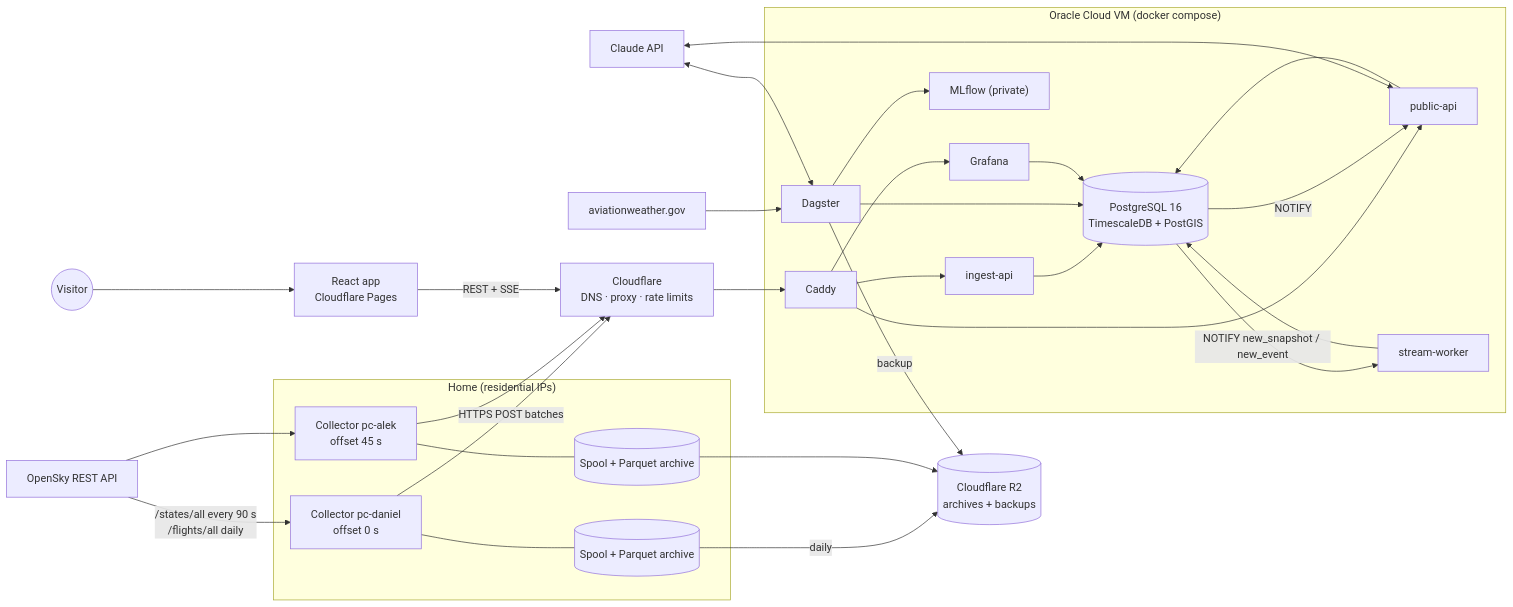
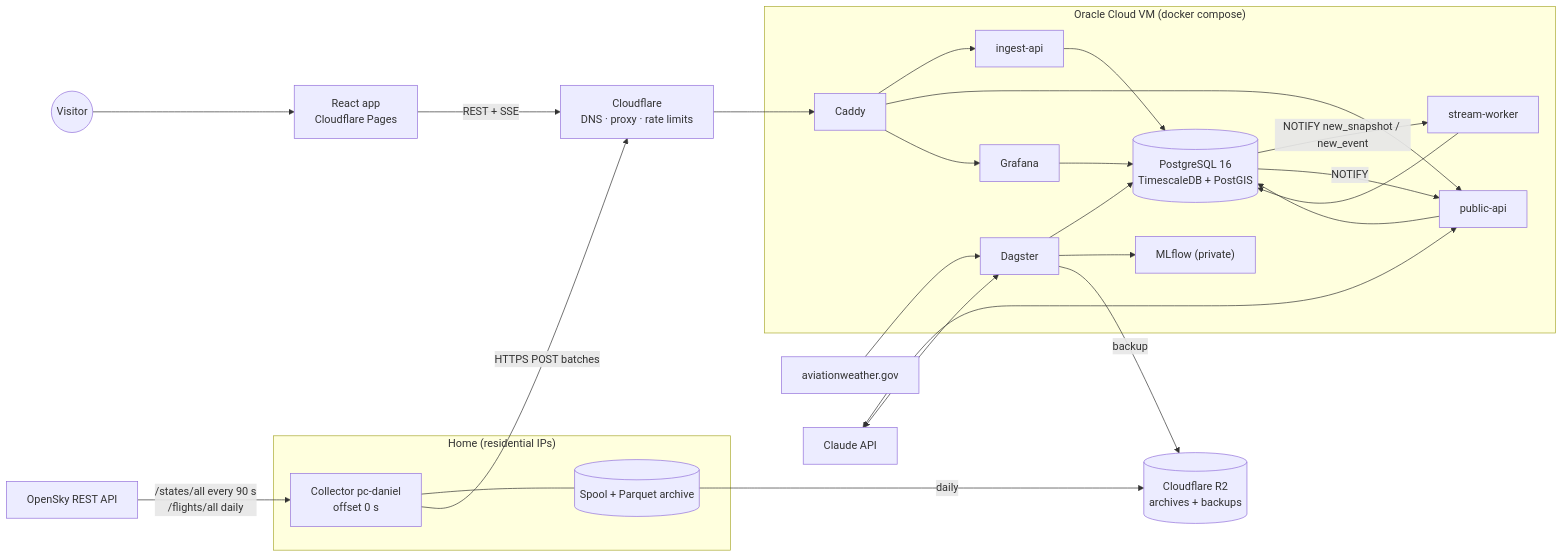
The diagram in docs/01-architecture.md (AlekkDev/airspace-live-tracker), drawn with Mermaid before and after one commit. The commit also changed other lines of this file and 16 other files, not shown here.

````diff
--- a/docs/01-architecture.md
+++ b/docs/01-architecture.md
@@ -5,51 +5,45 @@
 ```mermaid
 flowchart LR
   subgraph Home["Home (residential IPs)"]
     C1["Collector pc-daniel<br/>offset 0 s"]
-    C2["Collector pc-alek<br/>offset 45 s"]
     S1[("Spool + Parquet archive")]
-    S2[("Spool + Parquet archive")]
     C1 --- S1
-    C2 --- S2
   end
 
   OS["OpenSky REST API"] -->|"/states/all every 90 s<br/>/flights/all daily"| C1
-  OS --> C2
 
   CF["Cloudflare<br/>DNS · proxy · rate limits"]
   C1 -->|"HTTPS POST batches"| CF
-  C2 --> CF
 
   subgraph VM["Oracle Cloud VM (docker compose)"]
     CADDY["Caddy"]
     ING["ingest-api"]
     API["public-api"]
     DB[("PostgreSQL 16<br/>TimescaleDB + PostGIS")]
     ORCH["Dagster"]
     STREAM["stream-worker"]
     MLF["MLflow (private)"]
     GRAF["Grafana"]
   end
 
   CF --> CADDY
   CADDY --> ING --> DB
   CADDY --> API
   CADDY --> GRAF
   DB -- "NOTIFY new_snapshot / new_event" --> STREAM
   DB -- "NOTIFY" --> API
   STREAM --> DB
   ORCH --> DB
   ORCH --> MLF
   API --> DB
   GRAF --> DB
 
   WX["aviationweather.gov"] --> ORCH
   LLM["Claude API"] <--> API
   LLM <--> ORCH
   S1 -->|"daily"| R2[("Cloudflare R2<br/>archives + backups")]
-  S2 --> R2
   ORCH -->|"backup"| R2
 
   WEB["React app<br/>Cloudflare Pages"] -->|"REST + SSE"| CF
   USER(("Visitor")) --> WEB
 ```
````
